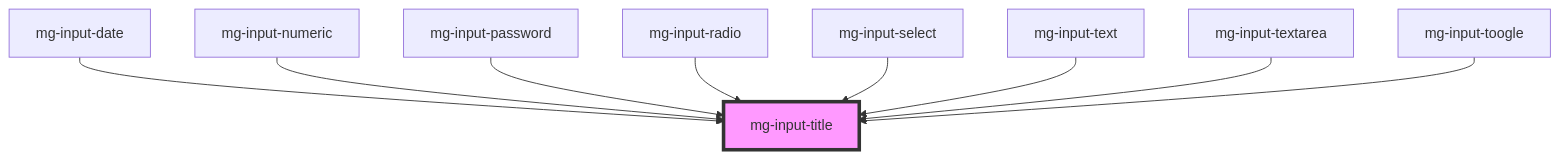
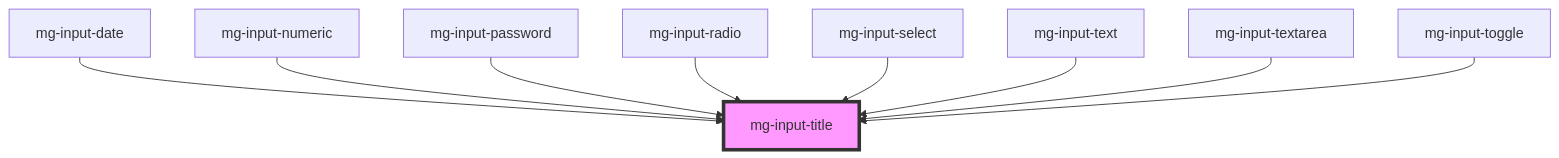
The diagram in src/components/atoms/mg-input-title/readme.md (MGDIS/mg-components), drawn with Mermaid before and after one commit. The commit also changed other lines of this file and 49 other files, not shown here.

First line of the commit message:
feat(mgToogle): add mg-input-toggle states style

````diff
--- a/src/components/atoms/mg-input-title/readme.md
+++ b/src/components/atoms/mg-input-title/readme.md
@@ -29,12 +29,12 @@
 ```mermaid
 graph TD;
   mg-input-date --> mg-input-title
   mg-input-numeric --> mg-input-title
   mg-input-password --> mg-input-title
   mg-input-radio --> mg-input-title
   mg-input-select --> mg-input-title
   mg-input-text --> mg-input-title
   mg-input-textarea --> mg-input-title
-  mg-input-toogle --> mg-input-title
+  mg-input-toggle --> mg-input-title
   style mg-input-title fill:#f9f,stroke:#333,stroke-width:4px
 ```
````
